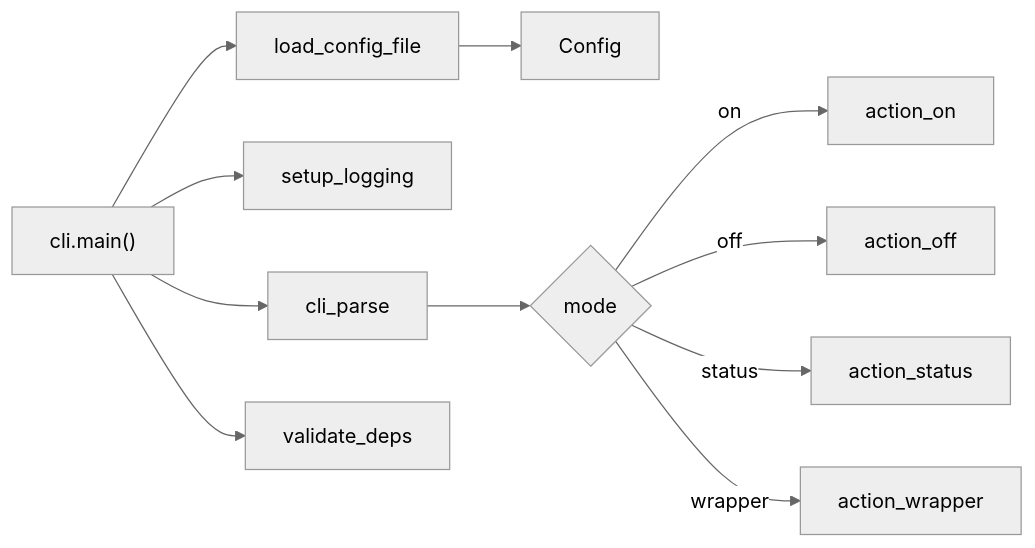
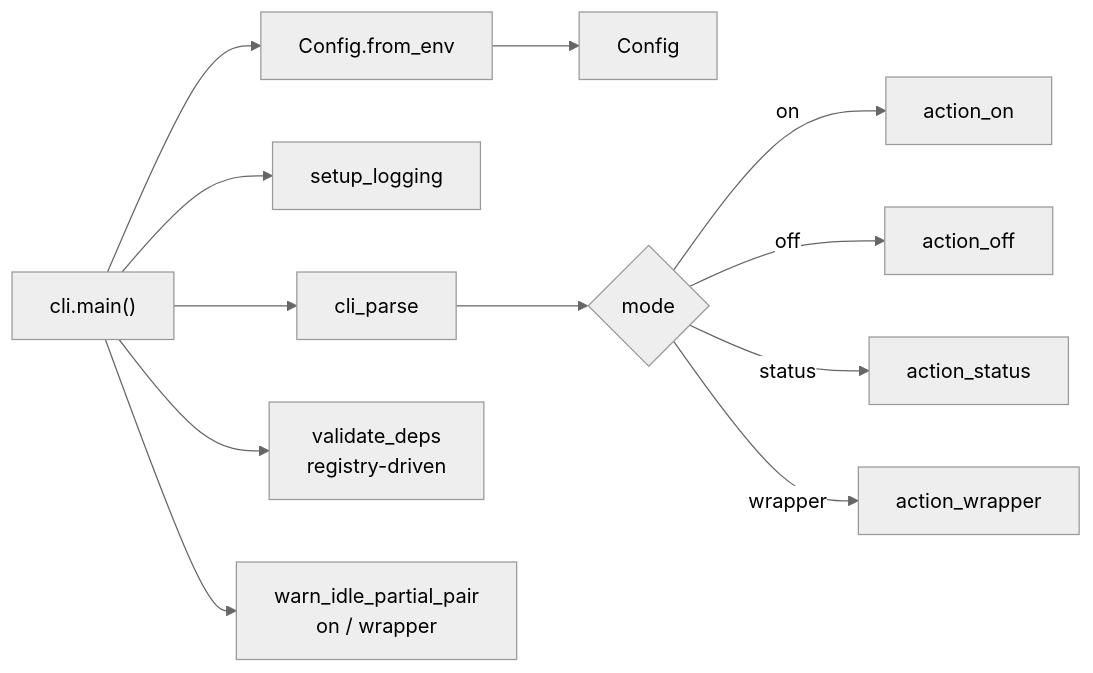
The second of 6 diagrams in DESIGN.md (WombatFromHell/beryl-gamemode), drawn with Mermaid (neutral theme) before and after one commit. The commit also changed other lines of this file and 28 other files, not shown here.

````diff
--- a/DESIGN.md
+++ b/DESIGN.md
@@ -188,13 +217,14 @@
 ```mermaid
 graph LR
-    A["cli.main()"] --> B[load_config_file]
+    A["cli.main()"] --> B[Config.from_env]
     B --> C[Config]
     A --> D[setup_logging]
     A --> E[cli_parse]
     E --> F{mode}
     F -->|on| G[action_on]
     F -->|off| H[action_off]
     F -->|status| I[action_status]
     F -->|wrapper| J[action_wrapper]
-    A --> K[validate_deps]
+    A --> K[validate_deps<br/>registry-driven]
+    A --> L[warn_idle_partial_pair<br/>on / wrapper]
 ```
````
